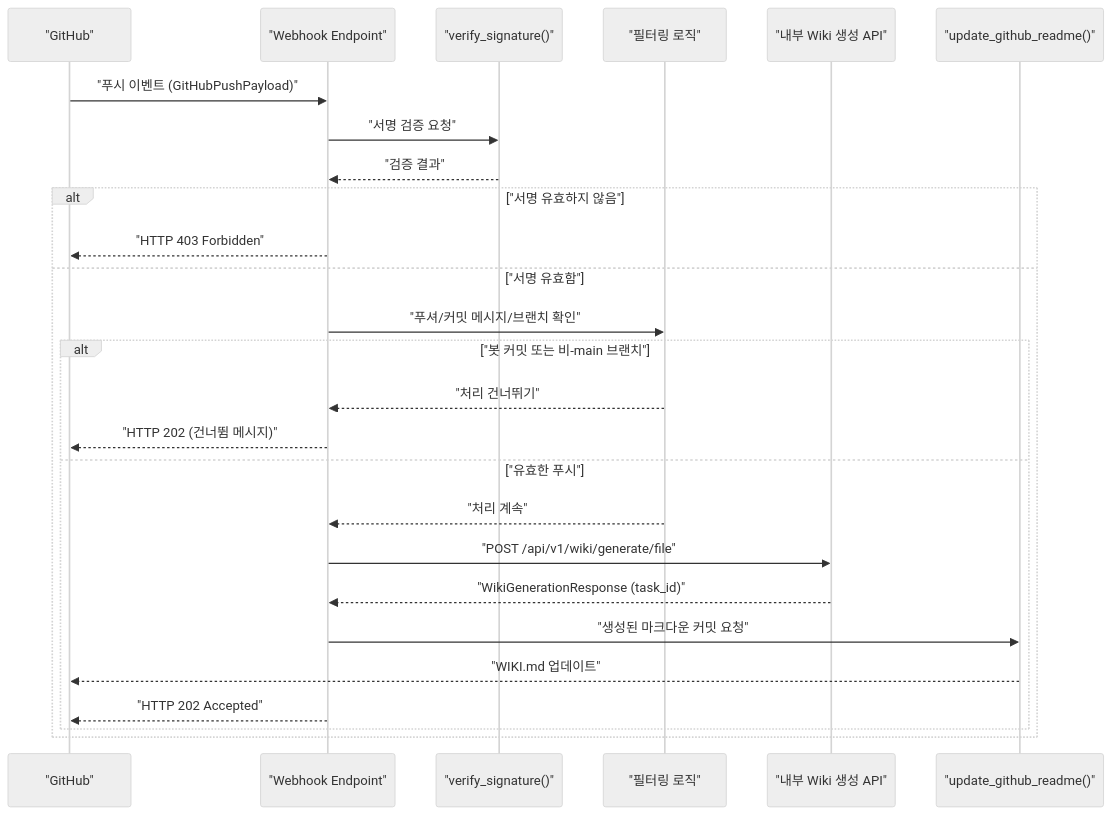
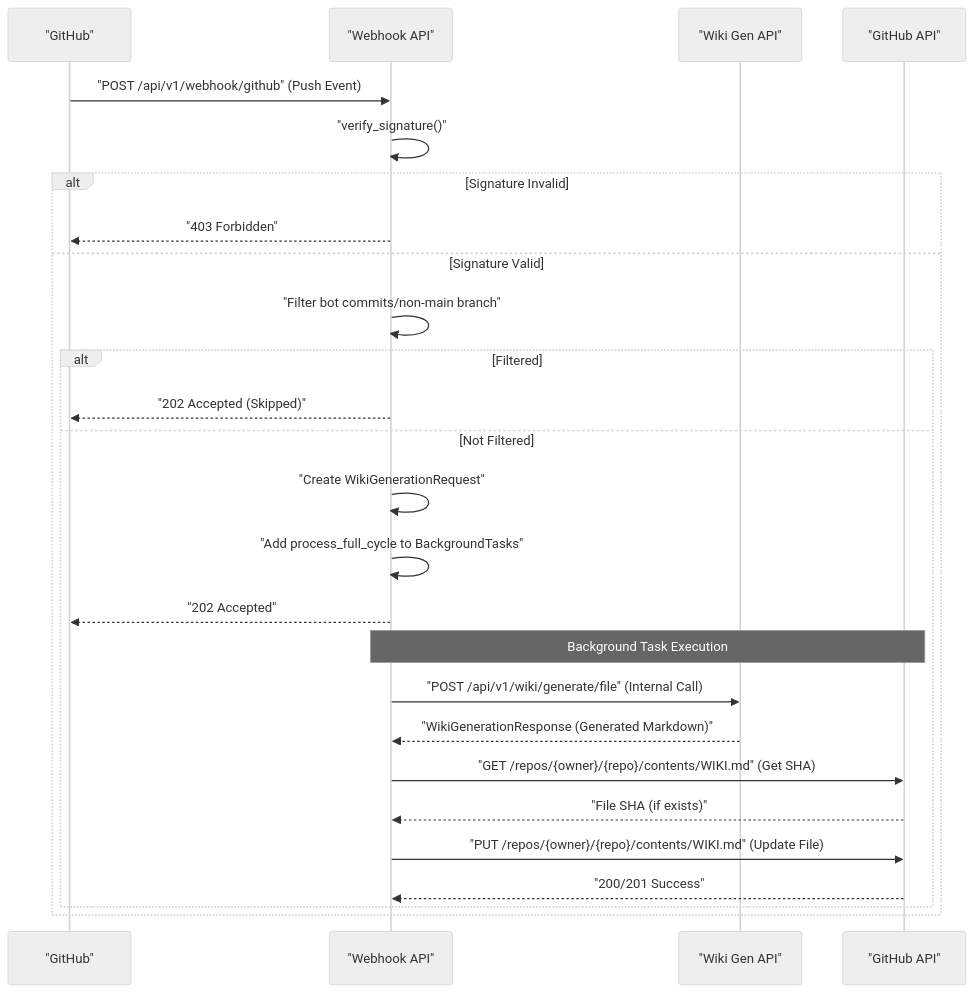
One commit to catuscio/wiki-as-readme changed diagram 15 of 19 in examples/wiki_as_README.md. Above: the diagram before and after it, drawn with Mermaid (neutral theme). The commit also changed other lines of this file, not shown here.

Commit message:
✨📚 Update examples/wiki_as_README.md via Wiki-As-Readme Action (en)

````diff
--- a/examples/wiki_as_README.md
+++ b/examples/wiki_as_README.md
@@ -1866,29 +1621,29 @@
 ```mermaid
 sequenceDiagram
     participant GH as "GitHub"
-    participant WH as "Webhook Endpoint"
-    participant VS as "verify_signature()"
-    participant FL as "필터링 로직"
-    participant IGA as "내부 Wiki 생성 API"
-    participant UGR as "update_github_readme()"
+    participant WA as "Webhook API"
+    participant WGA as "Wiki Gen API"
+    participant GHA as "GitHub API"
 
-    GH->>WH: "푸시 이벤트 (GitHubPushPayload)"
-    WH->>VS: "서명 검증 요청"
-    VS-->>WH: "검증 결과"
-    alt "서명 유효하지 않음"
-        WH-->>GH: "HTTP 403 Forbidden"
-    else "서명 유효함"
-        WH->>FL: "푸셔/커밋 메시지/브랜치 확인"
-        alt "봇 커밋 또는 비-main 브랜치"
-            FL-->>WH: "처리 건너뛰기"
-            WH-->>GH: "HTTP 202 (건너뜀 메시지)"
-        else "유효한 푸시"
-            FL-->>WH: "처리 계속"
-            WH->>IGA: "POST /api/v1/wiki/generate/file"
-            IGA-->>WH: "WikiGenerationResponse (task_id)"
-            WH->>UGR: "생성된 마크다운 커밋 요청"
-            UGR-->>GH: "WIKI.md 업데이트"
-            WH-->>GH: "HTTP 202 Accepted"
+    GH->>WA: "POST /api/v1/webhook/github" (Push Event)
+    WA->>WA: "verify_signature()"
+    alt Signature Invalid
+        WA-->>GH: "403 Forbidden"
+    else Signature Valid
+        WA->>WA: "Filter bot commits/non-main branch"
+        alt Filtered
+            WA-->>GH: "202 Accepted (Skipped)"
+        else Not Filtered
+            WA->>WA: "Create WikiGenerationRequest"
+            WA->>WA: "Add process_full_cycle to BackgroundTasks"
+            WA-->>GH: "202 Accepted"
+            Note over WA,GHA: Background Task Execution
+            WA->>WGA: "POST /api/v1/wiki/generate/file" (Internal Call)
+            WGA-->>WA: "WikiGenerationResponse (Generated Markdown)"
+            WA->>GHA: "GET /repos/{owner}/{repo}/contents/WIKI.md" (Get SHA)
+            GHA-->>WA: "File SHA (if exists)"
+            WA->>GHA: "PUT /repos/{owner}/{repo}/contents/WIKI.md" (Update File)
+            GHA-->>WA: "200/201 Success"
         end
     end
 ```
````
